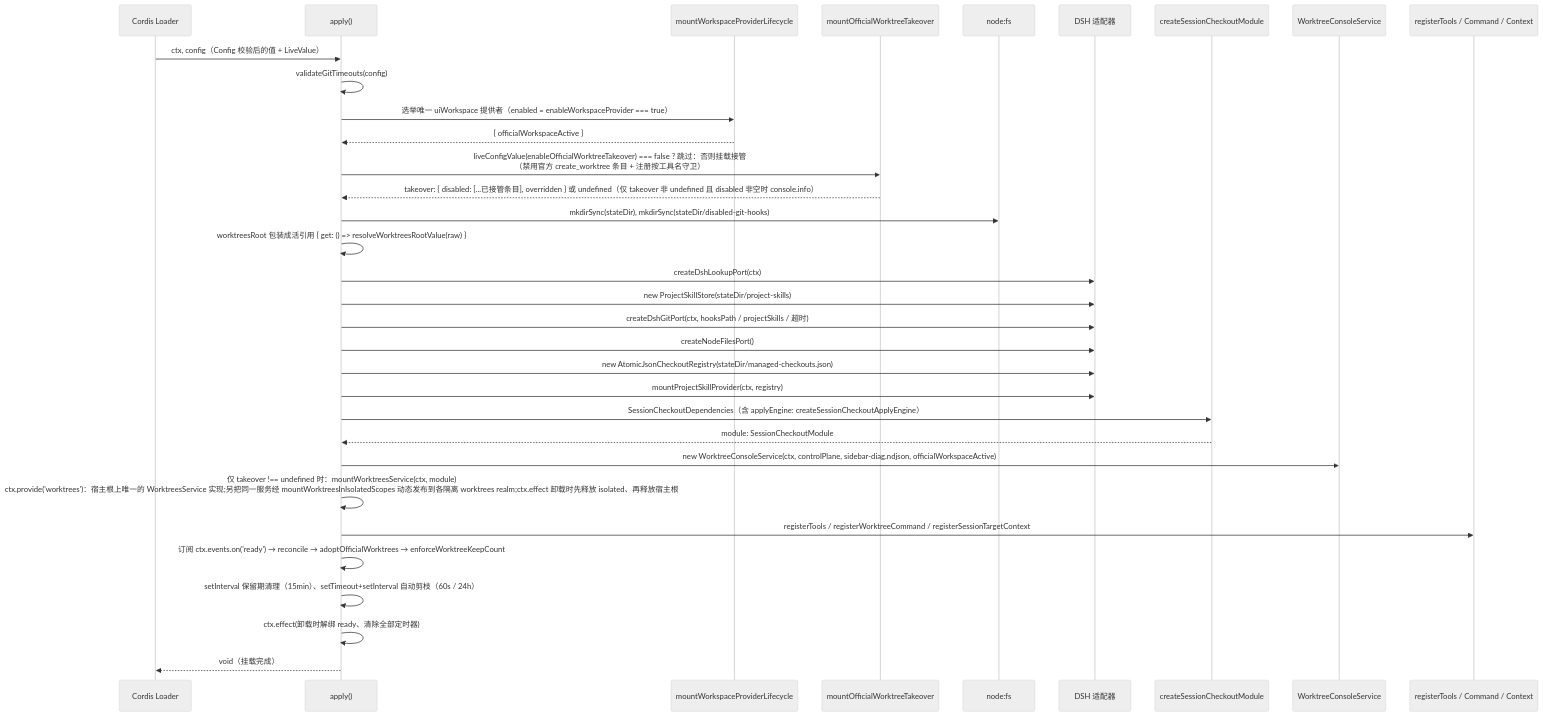
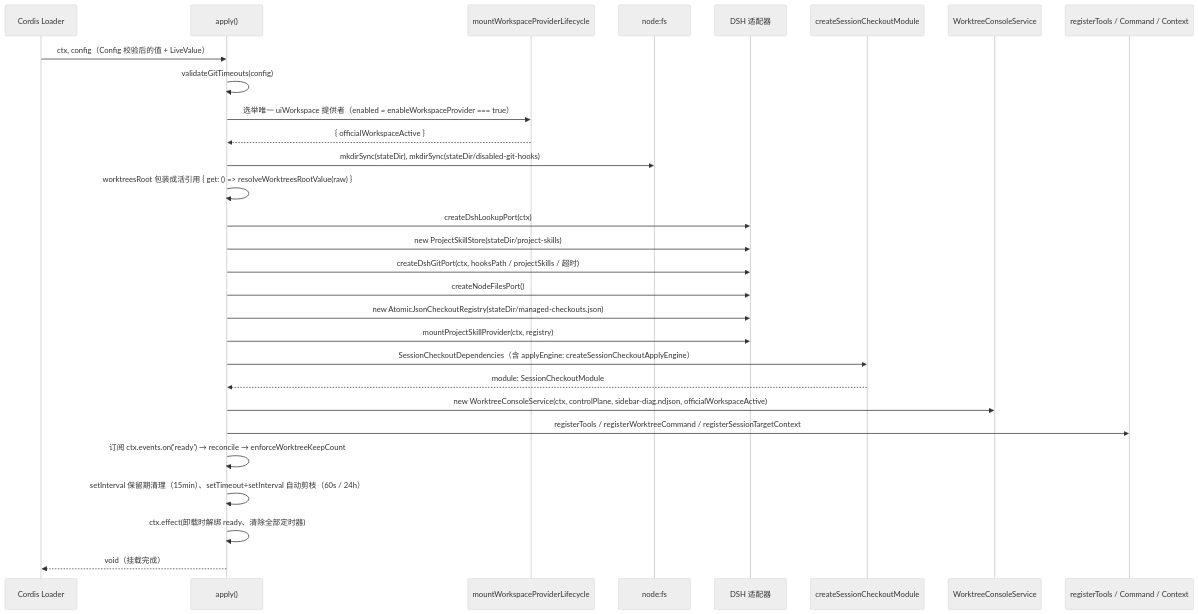
The third of 7 diagrams in .codewiki/modules/src-index-ts.md (ikliml666/dsh-git-workspace), drawn with Mermaid (neutral theme) before and after one commit. The commit also changed other lines of this file and 71 other files, not shown here.

````diff
--- a/.codewiki/modules/src-index-ts.md
+++ b/.codewiki/modules/src-index-ts.md
@@ -217,36 +217,36 @@
 ```mermaid
 sequenceDiagram
     participant L as Cordis Loader
     participant E as apply()
     participant W as mountWorkspaceProviderLifecycle
-    participant T as mountOfficialWorktreeTakeover
+
     participant FS as node:fs
     participant A as DSH 适配器
     participant M as createSessionCheckoutModule
     participant C as WorktreeConsoleService
     participant R as registerTools / Command / Context
 
     L->>E: ctx, config（Config 校验后的值 + LiveValue）
     E->>E: validateGitTimeouts(config)
     E->>W: 选举唯一 uiWorkspace 提供者（enabled = enableWorkspaceProvider === true）
     W-->>E: { officialWorkspaceActive }
-    E->>T: liveConfigValue(enableOfficialWorktreeTakeover) === false ? 跳过：否则挂载接管<br/>（禁用官方 create_worktree 条目 + 注册按工具名守卫）
-    T-->>E: takeover: { disabled: [...已接管条目], overridden } 或 undefined（仅 takeover 非 undefined 且 disabled 非空时 console.info）
+
+
     E->>FS: mkdirSync(stateDir), mkdirSync(stateDir/disabled-git-hooks)
     E->>E: worktreesRoot 包装成活引用 { get: () => resolveWorktreesRootValue(raw) }
     E->>A: createDshLookupPort(ctx)
     E->>A: new ProjectSkillStore(stateDir/project-skills)
     E->>A: createDshGitPort(ctx, hooksPath / projectSkills / 超时)
     E->>A: createNodeFilesPort()
     E->>A: new AtomicJsonCheckoutRegistry(stateDir/managed-checkouts.json)
     E->>A: mountProjectSkillProvider(ctx, registry)
     E->>M: SessionCheckoutDependencies（含 applyEngine: createSessionCheckoutApplyEngine）
     M-->>E: module: SessionCheckoutModule
     E->>C: new WorktreeConsoleService(ctx, controlPlane, sidebar-diag.ndjson, officialWorkspaceActive)
-    E->>E: 仅 takeover !== undefined 时：mountWorktreesService(ctx, module)<br/>ctx.provide('worktrees')：宿主根上唯一的 WorktreesService 实现#59;另把同一服务经 mountWorktreesInIsolatedScopes 动态发布到各隔离 worktrees realm#59;ctx.effect 卸载时先释放 isolated、再释放宿主根
+
     E->>R: registerTools / registerWorktreeCommand / registerSessionTargetContext
-    E->>E: 订阅 ctx.events.on('ready') → reconcile → adoptOfficialWorktrees → enforceWorktreeKeepCount
+    E->>E: 订阅 ctx.events.on('ready') → reconcile → enforceWorktreeKeepCount
     E->>E: setInterval 保留期清理（15min）、setTimeout+setInterval 自动剪枝（60s / 24h）
     E->>E: ctx.effect(卸载时解绑 ready、清除全部定时器)
     E-->>L: void（挂载完成）
 ```
````
